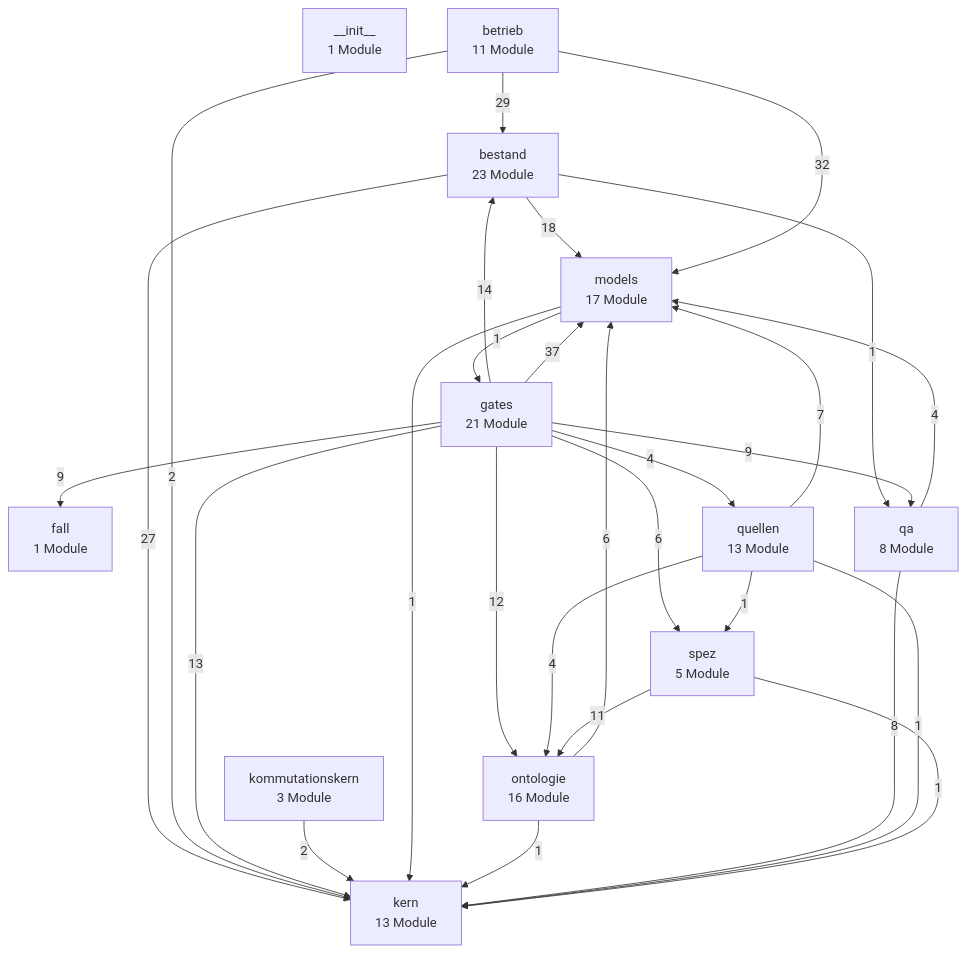
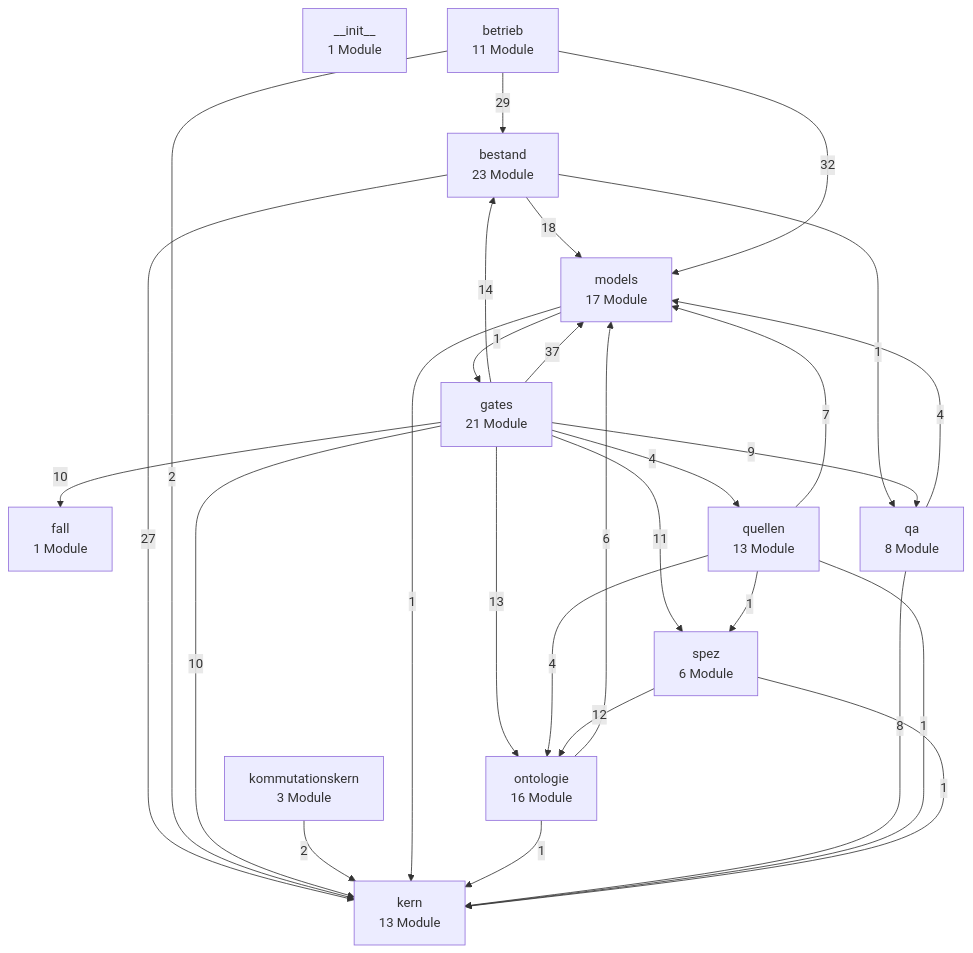
Before and after one commit to bartlmac/rechner-pipeline: the first of 3 diagrams in docs/architektur/landkarte.md, drawn with Mermaid. The commit also changed other lines of this file and 41 other files, not shown here.

````diff
--- a/docs/architektur/landkarte.md
+++ b/docs/architektur/landkarte.md
@@ -27,43 +27,43 @@
 ```mermaid
 %% Schichten — erzeugt von ontologie.landkarte
 flowchart TD
     n__init__["__init__<br/>1 Module"]
     bestand["bestand<br/>23 Module"]
     betrieb["betrieb<br/>11 Module"]
     fall["fall<br/>1 Module"]
     gates["gates<br/>21 Module"]
     kern["kern<br/>13 Module"]
     kommutationskern["kommutationskern<br/>3 Module"]
     models["models<br/>17 Module"]
     ontologie["ontologie<br/>16 Module"]
     qa["qa<br/>8 Module"]
     quellen["quellen<br/>13 Module"]
-    spez["spez<br/>5 Module"]
+    spez["spez<br/>6 Module"]
     bestand -- 27 --> kern
     bestand -- 18 --> models
     bestand -- 1 --> qa
     betrieb -- 29 --> bestand
     betrieb -- 2 --> kern
     betrieb -- 32 --> models
     gates -- 14 --> bestand
-    gates -- 9 --> fall
-    gates -- 13 --> kern
+    gates -- 10 --> fall
+    gates -- 10 --> kern
     gates -- 37 --> models
-    gates -- 12 --> ontologie
+    gates -- 13 --> ontologie
     gates -- 9 --> qa
     gates -- 4 --> quellen
-    gates -- 6 --> spez
+    gates -- 11 --> spez
     kommutationskern -- 2 --> kern
     models -- 1 --> gates
     models -- 1 --> kern
     ontologie -- 1 --> kern
     ontologie -- 6 --> models
     qa -- 8 --> kern
     qa -- 4 --> models
     quellen -- 1 --> kern
     quellen -- 7 --> models
     quellen -- 4 --> ontologie
     quellen -- 1 --> spez
     spez -- 1 --> kern
-    spez -- 11 --> ontologie
+    spez -- 12 --> ontologie
 ```
````
